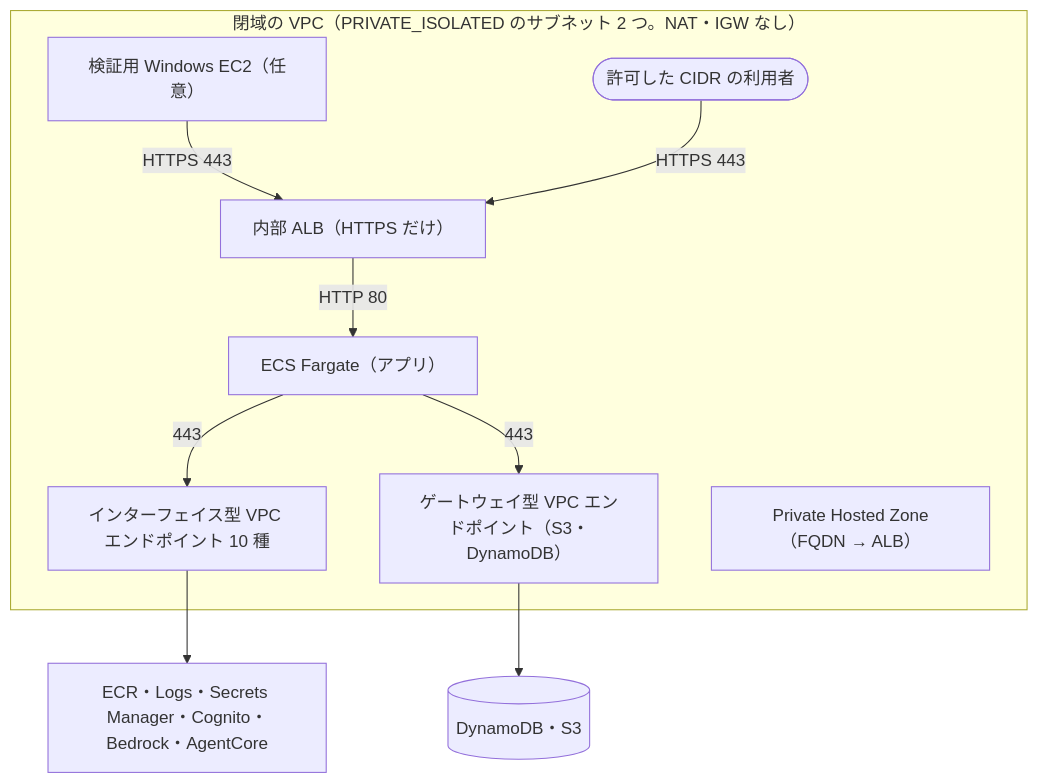
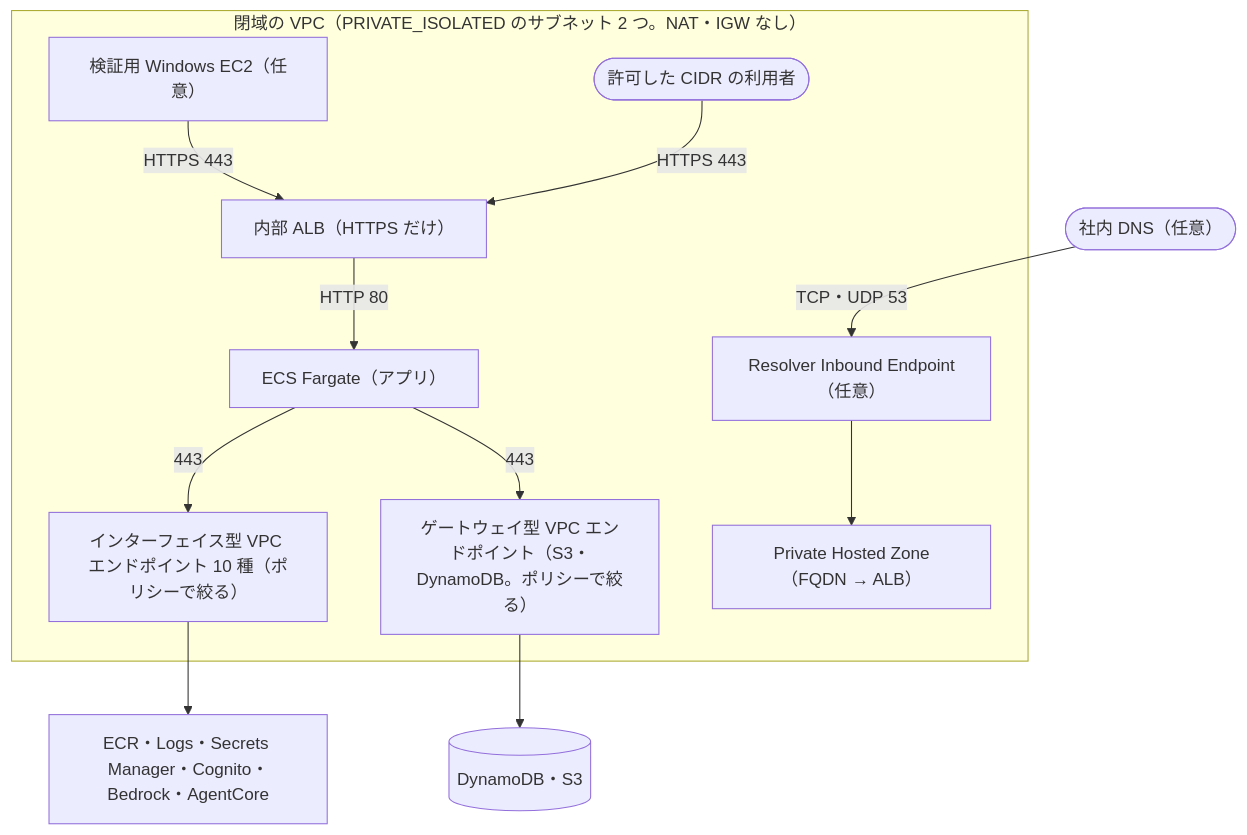
One commit to aws-samples/sample-ai-persona changed the second of 3 diagrams in cdk/README.md. Above: the diagram before and after it, drawn with Mermaid. The commit also changed other lines of this file and 16 other files, not shown here.

First line of the commit message:
feat: 閉域の VPC エンドポイントのポリシー、エンドポイントの AZ の数、Resolver Inbound Endpoint を足す

````diff
--- a/cdk/README.md
+++ b/cdk/README.md
@@ -285,13 +285,15 @@
 ```mermaid
 graph TB
     subgraph VPC["閉域の VPC（PRIVATE_ISOLATED のサブネット 2 つ。NAT・IGW なし）"]
         EC2[検証用 Windows EC2（任意）] -->|HTTPS 443| ALB[内部 ALB（HTTPS だけ）]
         Client([許可した CIDR の利用者]) -->|HTTPS 443| ALB
         ALB -->|HTTP 80| ECS[ECS Fargate（アプリ）]
-        ECS -->|443| EP[インターフェイス型 VPC エンドポイント 10 種]
-        ECS -->|443| GW[ゲートウェイ型 VPC エンドポイント（S3・DynamoDB）]
+        ECS -->|443| EP[インターフェイス型 VPC エンドポイント 10 種（ポリシーで絞る）]
+        ECS -->|443| GW[ゲートウェイ型 VPC エンドポイント（S3・DynamoDB。ポリシーで絞る）]
         PHZ[Private Hosted Zone（FQDN → ALB）]
+        R[Resolver Inbound Endpoint（任意）] --> PHZ
     end
+    DNS([社内 DNS（任意）]) -->|TCP・UDP 53| R
     EP --> AWS[ECR・Logs・Secrets Manager・Cognito・Bedrock・AgentCore]
     GW --> Data[(DynamoDB・S3)]
 ```
````
